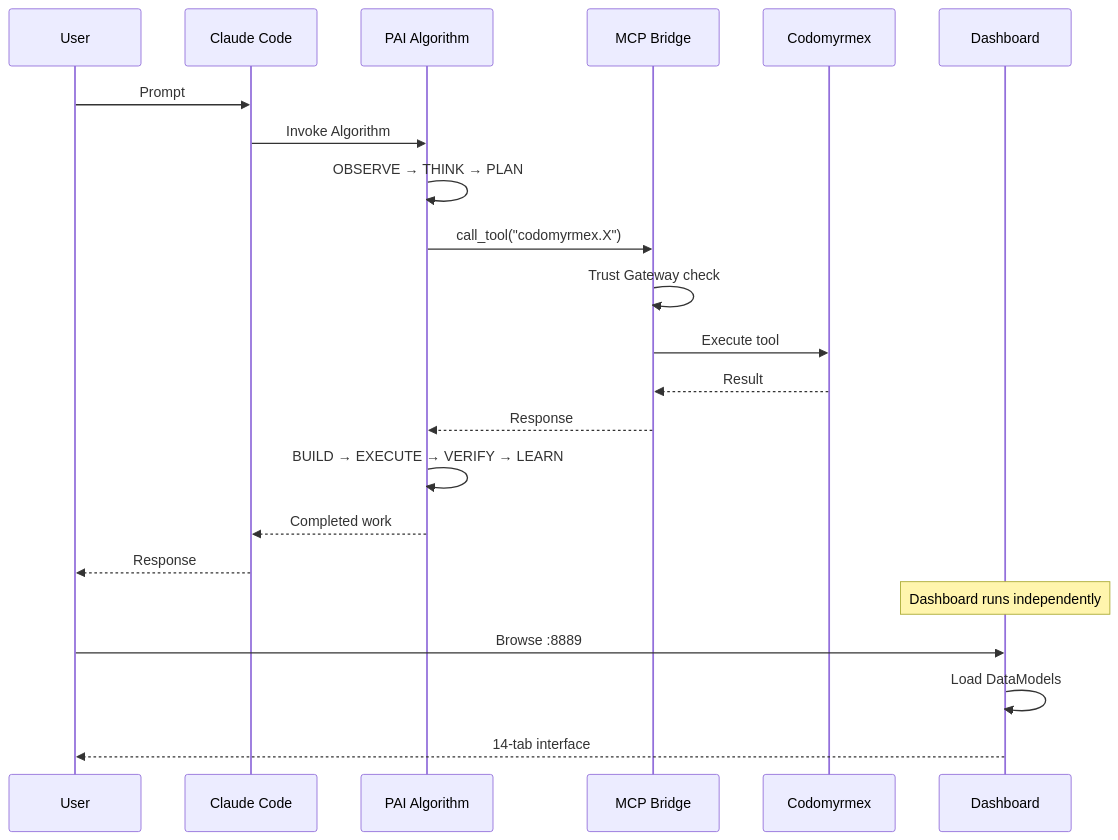
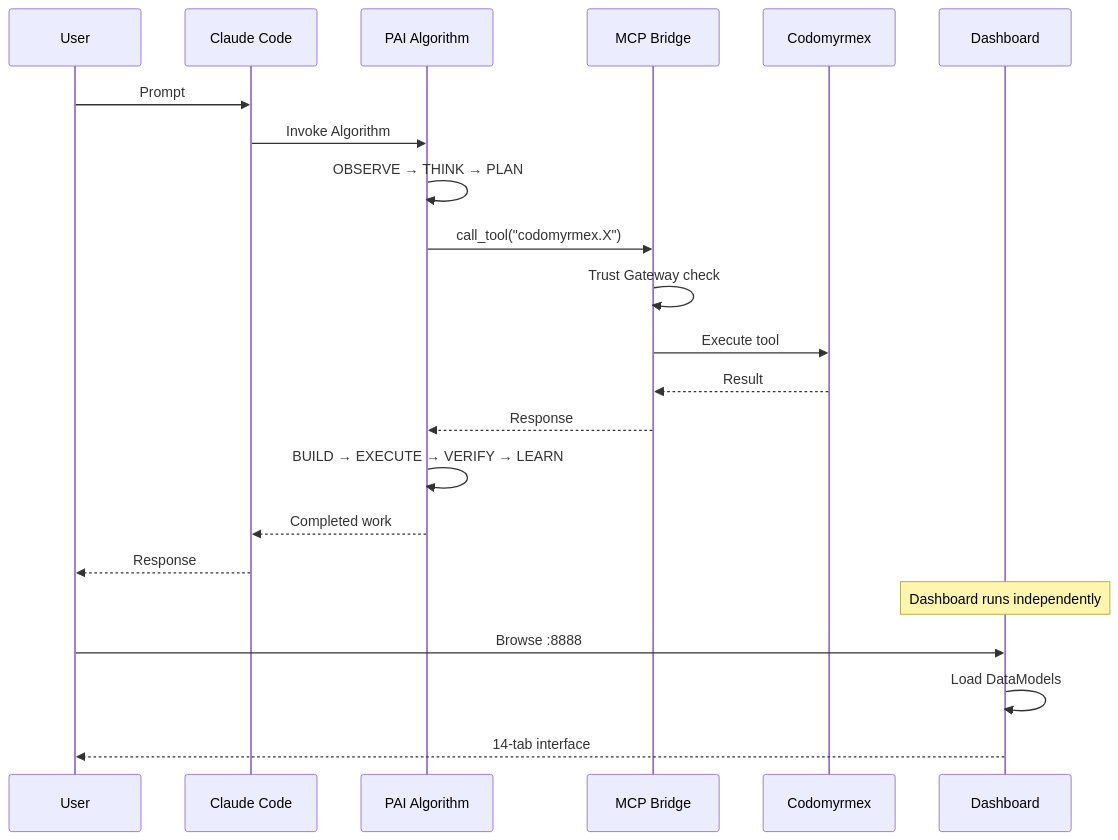
Before and after one commit to docxology/codomyrmex: the eighth of 8 diagrams in docs/pai/README.md, drawn with Mermaid. The commit also changed other lines of this file and 61 other files, not shown here.

````diff
--- a/docs/pai/README.md
+++ b/docs/pai/README.md
@@ -338,26 +338,26 @@
 ```mermaid
 sequenceDiagram
     participant U as User
     participant CC as Claude Code
     participant PAI as PAI Algorithm
     participant MCP as MCP Bridge
     participant CDM as Codomyrmex
     participant DB as Dashboard
 
     U->>CC: Prompt
     CC->>PAI: Invoke Algorithm
     PAI->>PAI: OBSERVE → THINK → PLAN
     PAI->>MCP: call_tool("codomyrmex.X")
     MCP->>MCP: Trust Gateway check
     MCP->>CDM: Execute tool
     CDM-->>MCP: Result
     MCP-->>PAI: Response
     PAI->>PAI: BUILD → EXECUTE → VERIFY → LEARN
     PAI-->>CC: Completed work
     CC-->>U: Response
 
     Note over DB: Dashboard runs independently
-    U->>DB: Browse :8889
+    U->>DB: Browse :8888
     DB->>DB: Load DataModels
     DB-->>U: 14-tab interface
 ```
````
